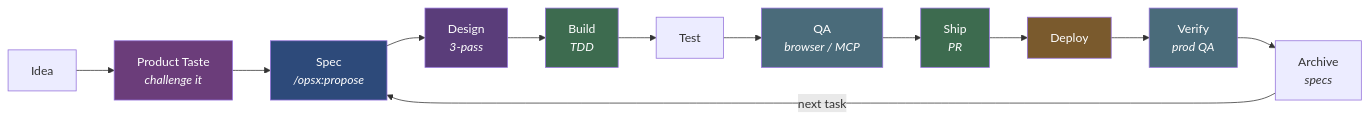
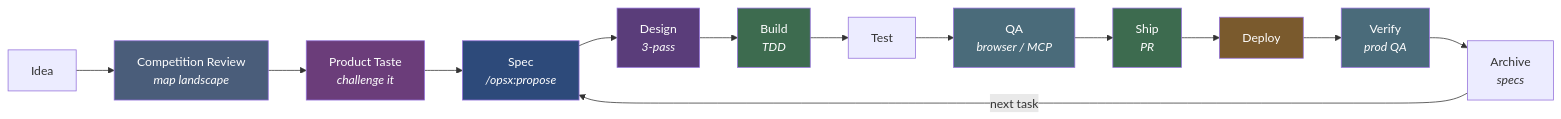
One commit to gregario/AI-Factory changed the first of 3 diagrams in README.md. Above: the diagram before and after it, drawn with Mermaid. The commit also changed other lines of this file and 2 other files, not shown here.

First line of the commit message:
docs: update README and add design docs for competition-review skill

````diff
--- a/README.md
+++ b/README.md
@@ -29,23 +29,25 @@
 ```mermaid
 graph LR
-    A["Idea"] --> B["Product Taste<br/><i>challenge it</i>"]
+    A["Idea"] --> AB["Competition Review<br/><i>map landscape</i>"]
+    AB --> B["Product Taste<br/><i>challenge it</i>"]
     B --> C["Spec<br/><i>/opsx:propose</i>"]
     C --> D["Design<br/><i>3-pass</i>"]
     D --> E["Build<br/><i>TDD</i>"]
     E --> F["Test"]
     F --> G["QA<br/><i>browser / MCP</i>"]
     G --> H["Ship<br/><i>PR</i>"]
     H --> I["Deploy"]
     I --> J["Verify<br/><i>prod QA</i>"]
     J --> K["Archive<br/><i>specs</i>"]
     K -->|"next task"| C
 
+    style AB fill:#4a5d7a,color:#fff
     style B fill:#6b3d7a,color:#fff
     style C fill:#2d4a7a,color:#fff
     style D fill:#5a3d7a,color:#fff
     style E fill:#3d6b4f,color:#fff
     style G fill:#4a6b7a,color:#fff
     style H fill:#3d6b4f,color:#fff
     style I fill:#7a5a2d,color:#fff
     style J fill:#4a6b7a,color:#fff
 ```
````
